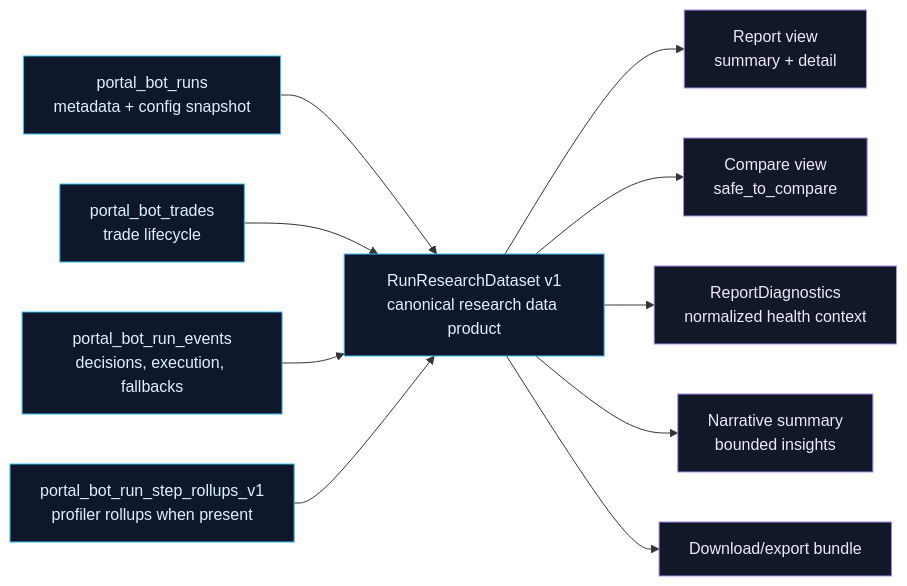
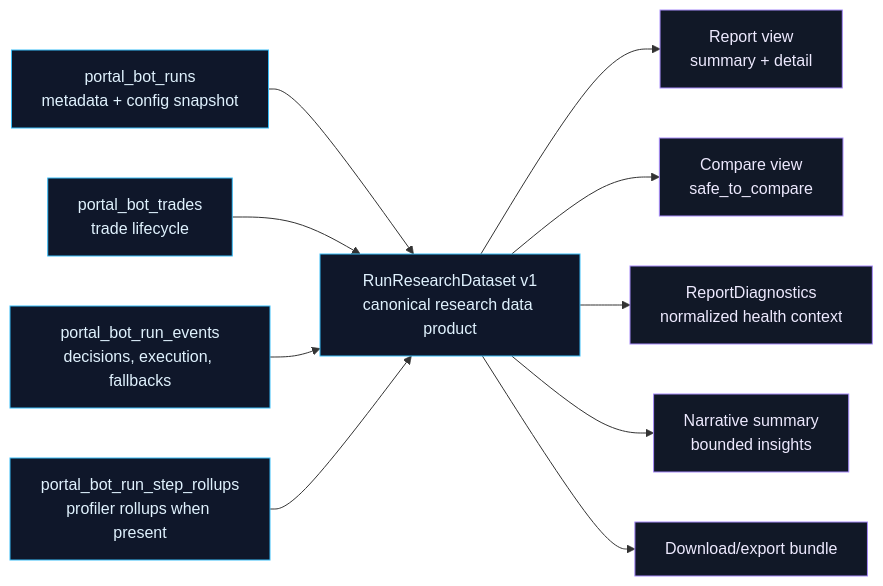
The diagram in docs/architecture/reporting/diagrams/run-research-dataset-flow.mmd (elijahbrookss/quant-trad), drawn with Mermaid before and after one commit. The commit also changed 73 other files, not shown here.

```diff
--- a/docs/architecture/reporting/diagrams/run-research-dataset-flow.mmd
+++ b/docs/architecture/reporting/diagrams/run-research-dataset-flow.mmd
@@ -1,26 +1,26 @@
 flowchart LR
     runs["portal_bot_runs<br/>metadata + config snapshot"]
     trades["portal_bot_trades<br/>trade lifecycle"]
     events["portal_bot_run_events<br/>decisions, execution, fallbacks"]
-    steps["portal_bot_run_step_rollups_v1<br/>profiler rollups when present"]
+    steps["portal_bot_run_step_rollups<br/>profiler rollups when present"]
     dataset["RunResearchDataset v1<br/>canonical research data product"]
     reports["Report view<br/>summary + detail"]
     compare["Compare view<br/>safe_to_compare"]
     diagnostics["ReportDiagnostics<br/>normalized health context"]
     notes["Narrative summary<br/>bounded insights"]
     exports["Download/export bundle"]
 
     runs --> dataset
     trades --> dataset
     events --> dataset
     steps --> dataset
     dataset --> reports
     dataset --> compare
     dataset --> diagnostics
     dataset --> notes
     dataset --> exports
 
     classDef truth fill:#0f172a,stroke:#38bdf8,color:#e0f2fe
     classDef view fill:#111827,stroke:#a78bfa,color:#ede9fe
     class runs,trades,events,steps,dataset truth
     class reports,compare,diagnostics,notes,exports view
```
